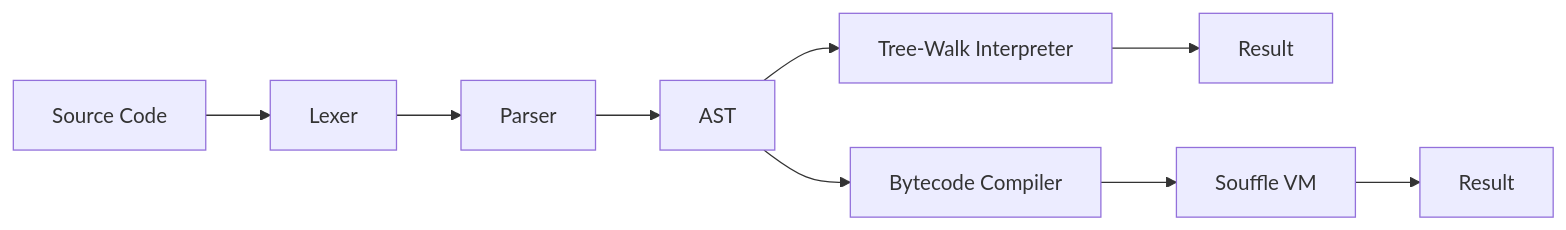
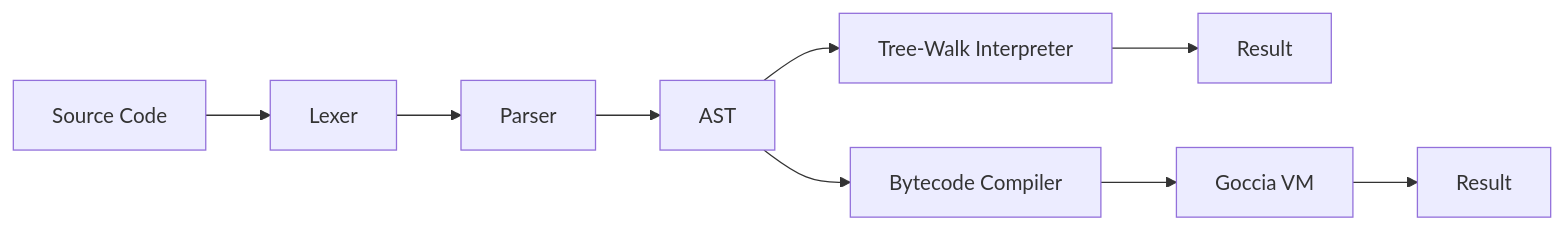
Before and after one commit to frostney/GocciaScript: the diagram in README.md, drawn with Mermaid. The commit also changed other lines of this file and 79 other files, not shown here.

Commit message:
Fold Souffle VM into GocciaScript

````diff
--- a/README.md
+++ b/README.md
@@ -278,6 +275,6 @@
 ```mermaid
 flowchart LR
     Source["Source Code"] --> Lexer --> Parser --> AST
     AST --> Interpreter["Tree-Walk Interpreter"] --> Result1["Result"]
-    AST --> Compiler["Bytecode Compiler"] --> VM["Souffle VM"] --> Result2["Result"]
+    AST --> Compiler["Bytecode Compiler"] --> VM["Goccia VM"] --> Result2["Result"]
 ```
````
